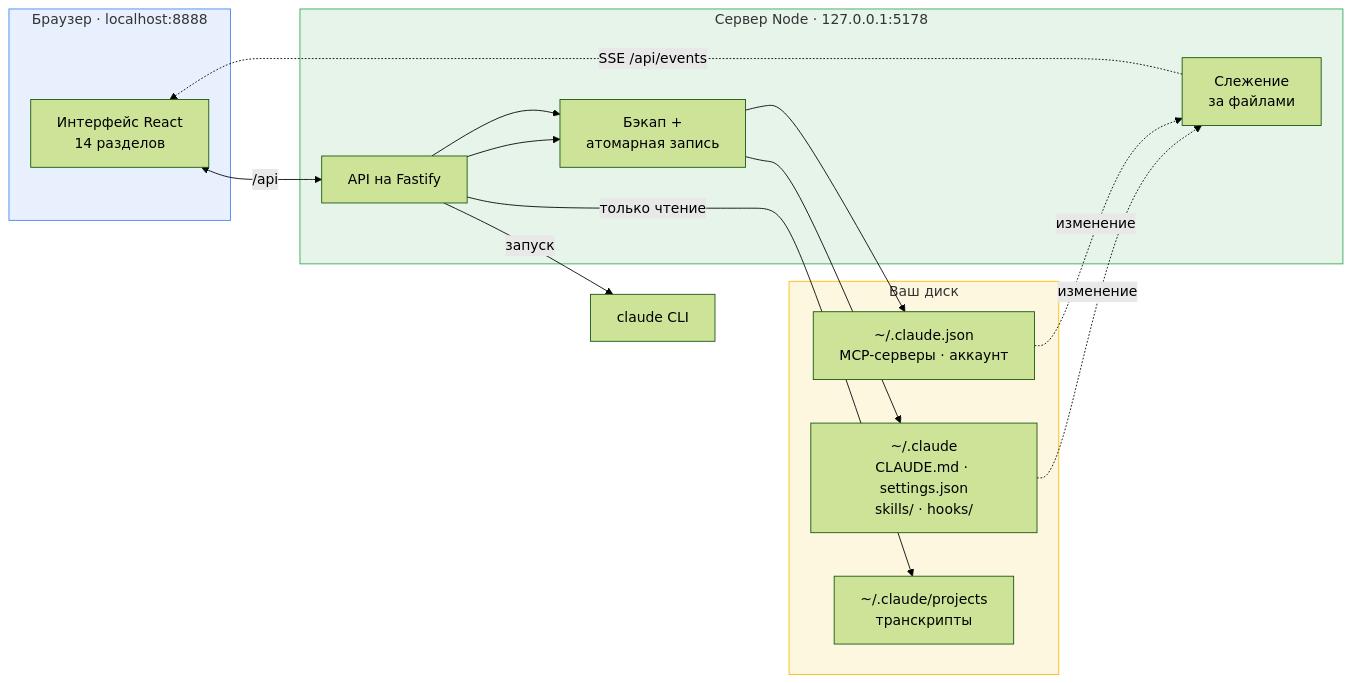
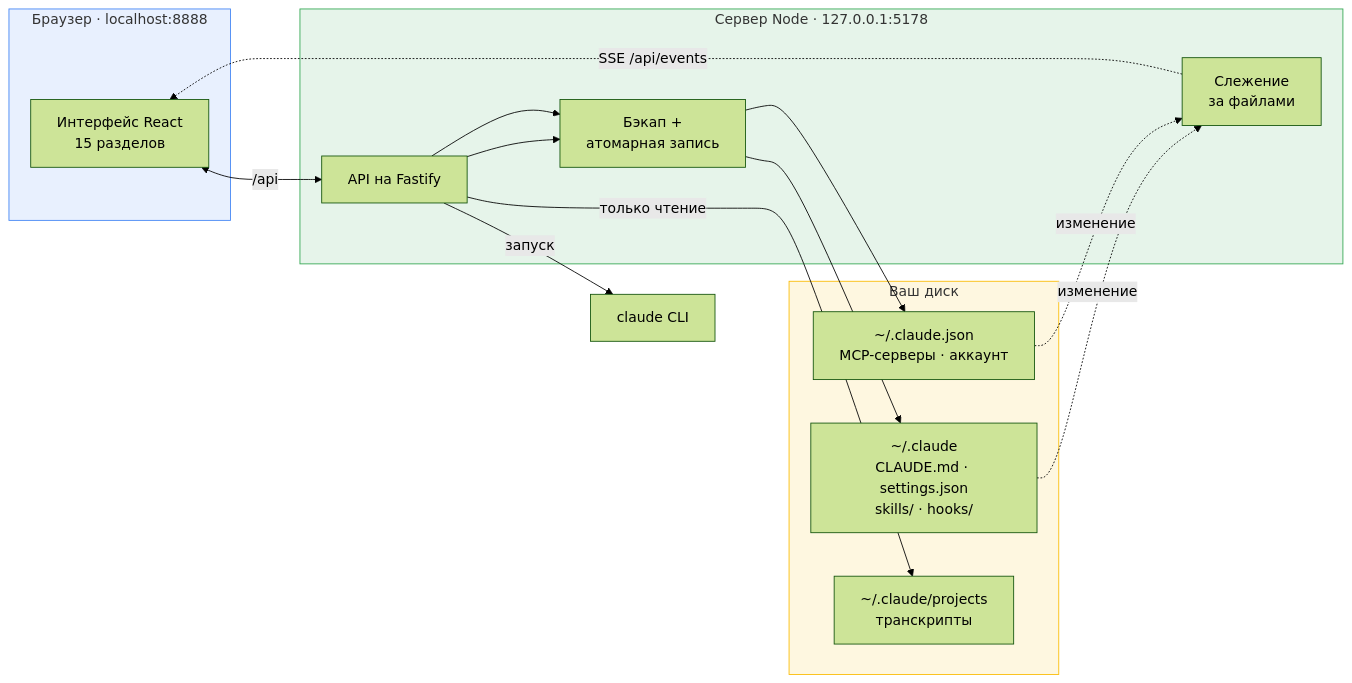
The first of 3 diagrams in README.ru.md (rusyander/claude-control), drawn with Mermaid (forest theme) before and after one commit. The commit also changed other lines of this file and 224 other files, not shown here.

````diff
--- a/README.ru.md
+++ b/README.ru.md
@@ -91,33 +91,33 @@
 ```mermaid
 flowchart LR
     subgraph browser["Браузер · localhost:8888"]
-        UI["Интерфейс React<br/>14 разделов"]
+        UI["Интерфейс React<br/>15 разделов"]
     end
 
     subgraph server["Сервер Node · 127.0.0.1:5178"]
         API["API на Fastify"]
         WATCH["Слежение<br/>за файлами"]
         SAFE["Бэкап +<br/>атомарная запись"]
     end
 
     subgraph disk["Ваш диск"]
         CFG["~/.claude<br/>CLAUDE.md · settings.json<br/>skills/ · hooks/"]
         MCP["~/.claude.json<br/>MCP-серверы · аккаунт"]
         TR["~/.claude/projects<br/>транскрипты"]
     end
 
     CLI["claude CLI"]
 
     UI <-->|"/api"| API
     API --> SAFE --> CFG
     API --> SAFE --> MCP
     API -->|только чтение| TR
     API -->|запуск| CLI
     CFG -.->|изменение| WATCH
     MCP -.->|изменение| WATCH
     WATCH -.->|"SSE /api/events"| UI
 
     style browser fill:#e8f0fe,stroke:#4285f4
     style server fill:#e6f4ea,stroke:#34a853
     style disk fill:#fef7e0,stroke:#fbbc04
 ```
````
